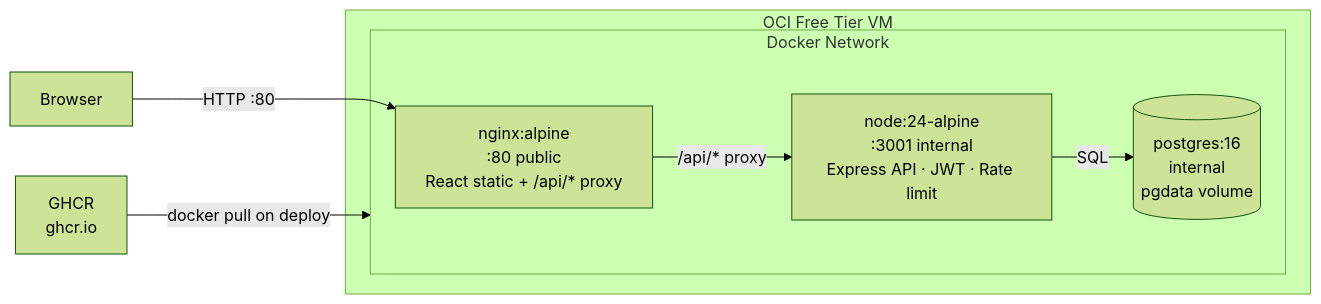
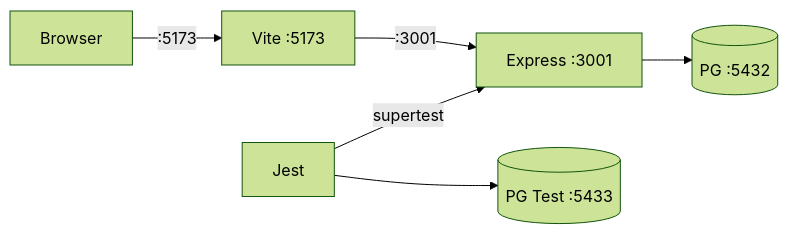
One commit to Ashish-j-shetty/full-stack-ecommerce changed the first of 3 diagrams in readme.md. Above: the diagram before and after it, drawn with Mermaid (forest theme). The commit also changed other lines of this file, not shown here.

````diff
--- a/readme.md
+++ b/readme.md
@@ -20,18 +20,6 @@
 ```mermaid
 graph LR
-  Browser -->|HTTP :80| Nginx
-
-  subgraph OCI["OCI Free Tier VM"]
-    subgraph Docker["Docker Network"]
-      Nginx["nginx:alpine\n:80 public\nReact static + /api/* proxy"]
-      Express["node:24-alpine\n:3001 internal\nExpress API · JWT · Rate limit"]
-      PG[("postgres:16\ninternal\npgdata volume")]
-    end
-  end
-
-  GHCR["GHCR\nghcr.io"]
-
-  Nginx -->|/api/* proxy| Express
-  Express -->|SQL| PG
-  GHCR -->|docker pull on deploy| Docker
+  Browser -->|:5173| Vite["Vite :5173"] -->|:3001| Express["Express :3001"] --> PG[("PG :5432")]
+  Jest["Jest"] -->|supertest| Express
+  Jest --> PGTest[("PG Test :5433")]
 ```
````
